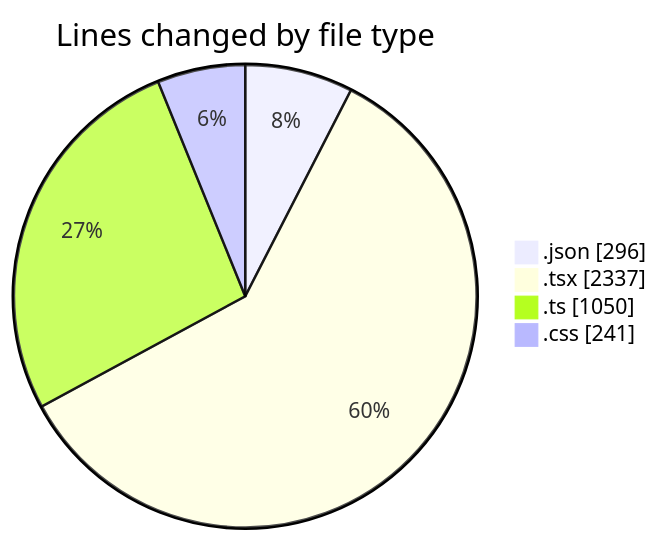
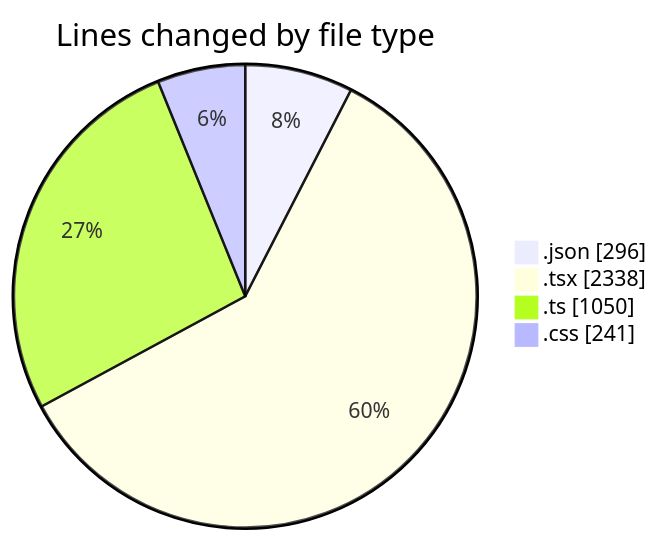
Before and after one commit to julien-gomy/code-tracking: the first of 2 diagrams in 2025-10-07/eventscop-frontend-guide__workspace_/README.md, drawn with Mermaid. The commit also changed other lines of this file and 1 other file, not shown here.

````diff
--- a/2025-10-07/eventscop-frontend-guide__workspace_/README.md
+++ b/2025-10-07/eventscop-frontend-guide__workspace_/README.md
@@ -42,8 +42,8 @@
 ```mermaid
 pie showData
 title Lines changed by file type
 ".json" : 296
-".tsx" : 2337
+".tsx" : 2338
 ".ts" : 1050
 ".css" : 241
 ```
````
